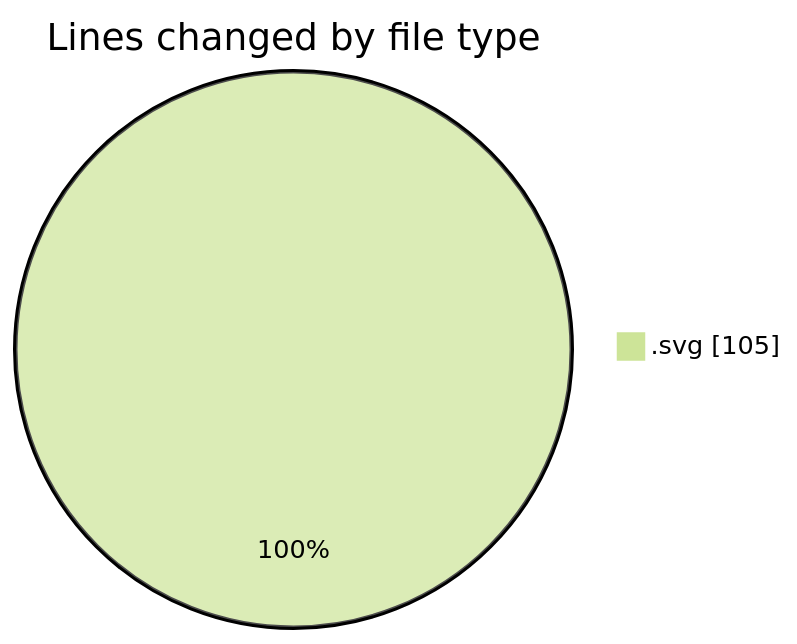
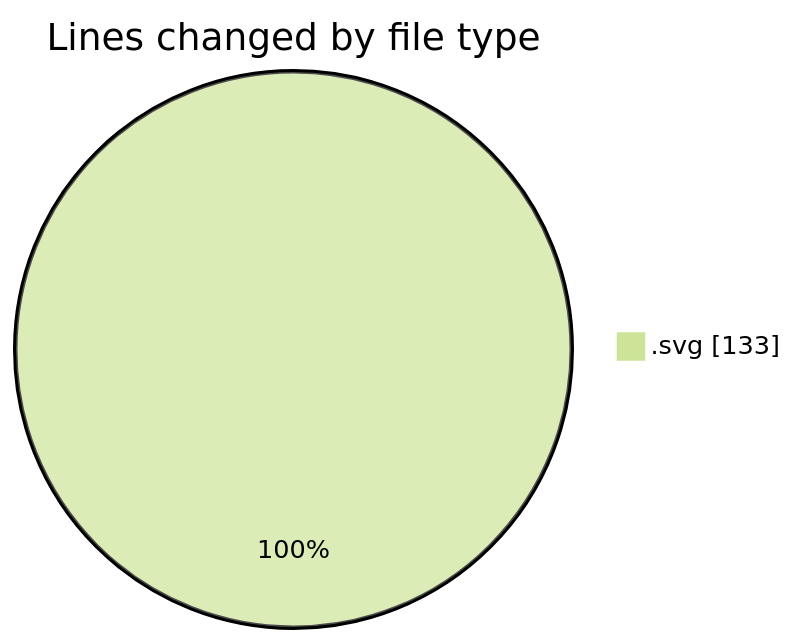
The first of 2 diagrams in 2025-07-11/braintubers/README.md (EIIisD/code-tracking), drawn with Mermaid (forest theme) before and after one commit. The commit also changed other lines of this file and 1 other file, not shown here.

````diff
--- a/2025-07-11/braintubers/README.md
+++ b/2025-07-11/braintubers/README.md
@@ -21,5 +21,5 @@
 ```mermaid
 pie showData
 title Lines changed by file type
-".svg" : 105
+".svg" : 133
 ```
````
